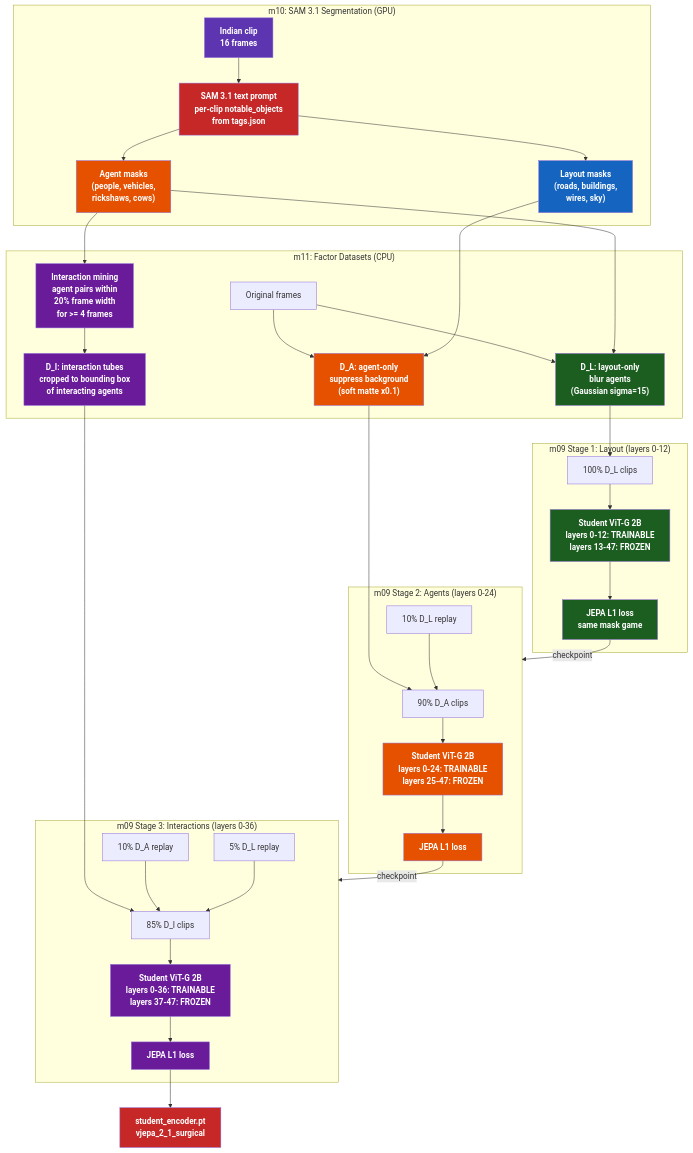
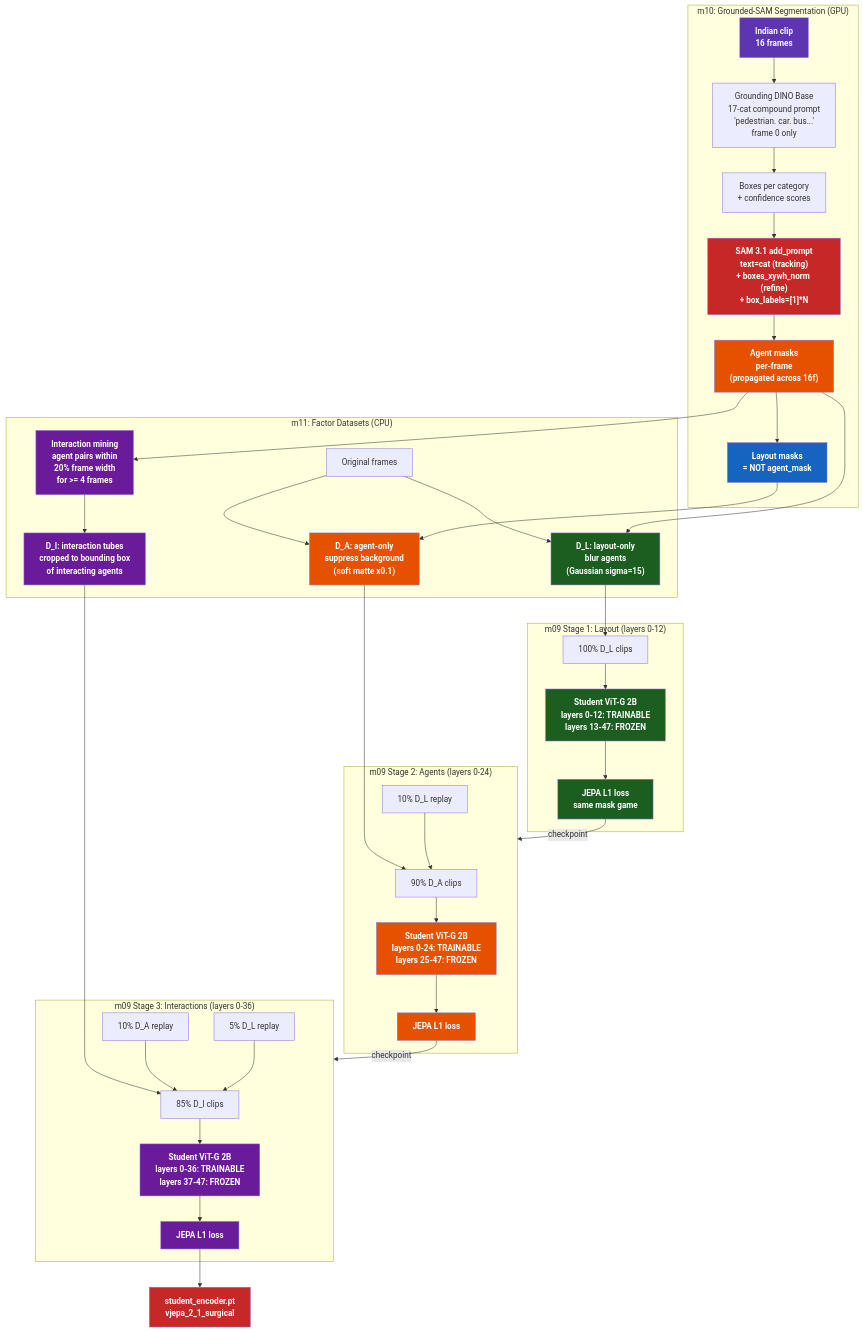
The third of 4 diagrams in iter/iter8/plan_training.md (kapilw25/factorjepa), drawn with Mermaid before and after one commit. The commit also changed other lines of this file and 38 other files, not shown here.

````diff
--- a/iter/iter8/plan_training.md
+++ b/iter/iter8/plan_training.md
@@ -192,58 +194,60 @@
 ```mermaid
 flowchart TB
-    subgraph SAM ["m10: SAM 3.1 Segmentation (GPU)"]
-        CLIP["Indian clip<br>16 frames"] --> SAM31["SAM 3.1 text prompt<br>per-clip notable_objects<br>from tags.json"]
-        SAM31 --> AMASK["Agent masks<br>(people, vehicles,<br>rickshaws, cows)"]
-        SAM31 --> LMASK["Layout masks<br>(roads, buildings,<br>wires, sky)"]
+    subgraph SAM ["m10: Grounded-SAM Segmentation (GPU)"]
+        CLIP["Indian clip<br>16 frames"] --> DINO["Grounding DINO Base<br>17-cat compound prompt<br>'pedestrian. car. bus...'<br>frame 0 only"]
+        DINO --> BOXES["Boxes per category<br>+ confidence scores"]
+        BOXES --> SAM31["SAM 3.1 add_prompt<br>text=cat (tracking)<br>+ boxes_xywh_norm (refine)<br>+ box_labels=[1]*N"]
+        SAM31 --> AMASK["Agent masks<br>per-frame<br>(propagated across 16f)"]
+        AMASK --> LMASK["Layout masks<br>= NOT agent_mask"]
     end
 
     subgraph FACTOR ["m11: Factor Datasets (CPU)"]
         CLIP2["Original frames"] --> DL["D_L: layout-only<br>blur agents<br>(Gaussian sigma=15)"]
         CLIP2 --> DA["D_A: agent-only<br>suppress background<br>(soft matte x0.1)"]
         AMASK --> DL
         LMASK --> DA
         AMASK --> MINE["Interaction mining<br>agent pairs within<br>20% frame width<br>for >= 4 frames"]
         MINE --> DI["D_I: interaction tubes<br>cropped to bounding box<br>of interacting agents"]
     end
 
     subgraph STAGE1 ["m09 Stage 1: Layout (layers 0-12)"]
         DL --> S1_IN["100% D_L clips"]
         S1_IN --> S1_STU["Student ViT-G 2B<br>layers 0-12: TRAINABLE<br>layers 13-47: FROZEN"]
         S1_STU --> S1_L["JEPA L1 loss<br>same mask game"]
     end
 
     subgraph STAGE2 ["m09 Stage 2: Agents (layers 0-24)"]
         DA --> S2_A["90% D_A clips"]
         DL2["10% D_L replay"] --> S2_A
         S2_A --> S2_STU["Student ViT-G 2B<br>layers 0-24: TRAINABLE<br>layers 25-47: FROZEN"]
         S2_STU --> S2_L["JEPA L1 loss"]
     end
 
     subgraph STAGE3 ["m09 Stage 3: Interactions (layers 0-36)"]
         DI --> S3_I["85% D_I clips"]
         DA2["10% D_A replay"] --> S3_I
         DL3["5% D_L replay"] --> S3_I
         S3_I --> S3_STU["Student ViT-G 2B<br>layers 0-36: TRAINABLE<br>layers 37-47: FROZEN"]
         S3_STU --> S3_L["JEPA L1 loss"]
     end
 
     S1_L -->|"checkpoint"| STAGE2
     S2_L -->|"checkpoint"| STAGE3
     S3_L --> EXPORT["student_encoder.pt<br>vjepa_2_1_surgical"]
 
     style CLIP fill:#5e35b1,color:#fff,font-weight:bold
     style SAM31 fill:#c62828,color:#fff,font-weight:bold
     style AMASK fill:#e65100,color:#fff,font-weight:bold
     style LMASK fill:#1565c0,color:#fff,font-weight:bold
     style DL fill:#1b5e20,color:#fff,font-weight:bold
     style DA fill:#e65100,color:#fff,font-weight:bold
     style MINE fill:#6a1b9a,color:#fff,font-weight:bold
     style DI fill:#6a1b9a,color:#fff,font-weight:bold
     style S1_STU fill:#1b5e20,color:#fff,font-weight:bold
     style S1_L fill:#1b5e20,color:#fff,font-weight:bold
     style S2_STU fill:#e65100,color:#fff,font-weight:bold
     style S2_L fill:#e65100,color:#fff,font-weight:bold
     style S3_STU fill:#6a1b9a,color:#fff,font-weight:bold
     style S3_L fill:#6a1b9a,color:#fff,font-weight:bold
     style EXPORT fill:#c62828,color:#fff,font-weight:bold
 ```
````
